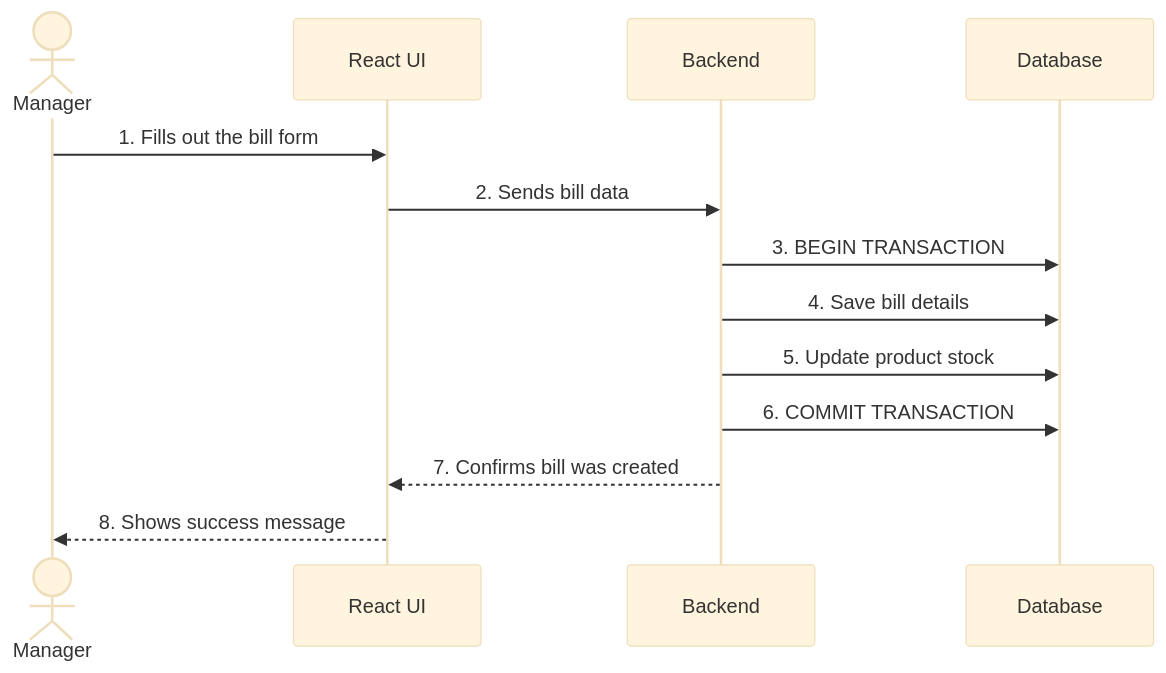
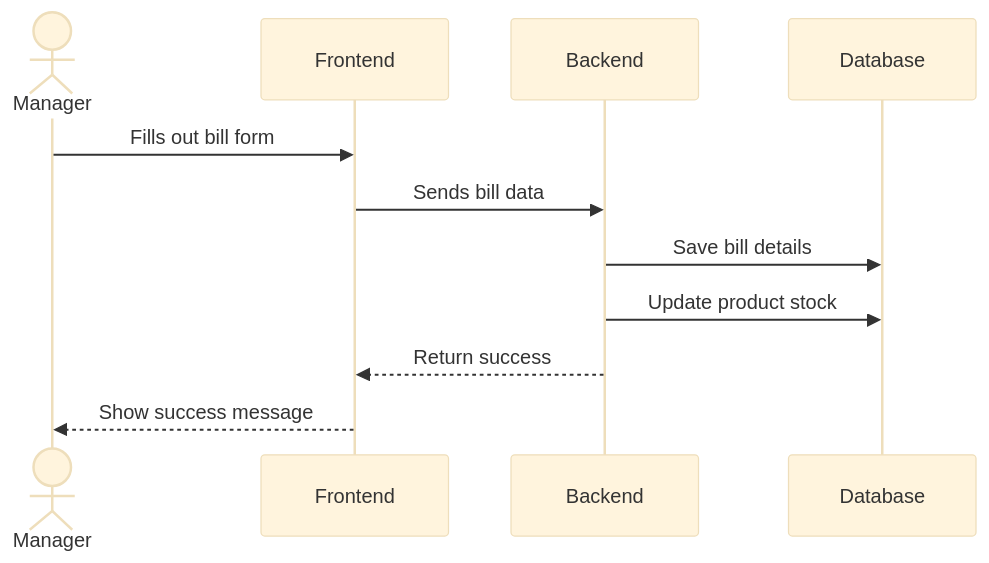
Before and after one commit to rohitagarwal-gkmit/retailpulse-docs: the first of 5 diagrams in docs/technical/data_flow.md, drawn with Mermaid. The commit also changed other lines of this file and 1 other file, not shown here.

Commit message:
[refactor]: Simplify data flow and schema design

````diff
--- a/docs/technical/data_flow.md
+++ b/docs/technical/data_flow.md
@@ -7,17 +7,15 @@
 ```mermaid
-%%{init: {'theme':'base', 'themeVariables': { 'fontSize':'38px', 'fontFamily':'Arial'}}}%%
+%%{init: {'theme':'base', 'themeVariables': { 'fontSize':'18px', 'fontFamily':'Arial'}}}%%
 sequenceDiagram
     actor Manager
-    participant UI as React UI
+    participant UI as Frontend
     participant API as Backend
     participant DB as Database
     
-    Manager->>UI: 1. Fills out the bill form
-    UI->>API: 2. Sends bill data
-    API->>DB: 3. BEGIN TRANSACTION
-    API->>DB: 4. Save bill details
-    API->>DB: 5. Update product stock
-    API->>DB: 6. COMMIT TRANSACTION
-    API-->>UI: 7. Confirms bill was created
-    UI-->>Manager: 8. Shows success message
+    Manager->>UI: Fills out bill form
+    UI->>API: Sends bill data
+    API->>DB: Save bill details
+    API->>DB: Update product stock
+    API-->>UI: Return success
+    UI-->>Manager: Show success message
 ```
````
